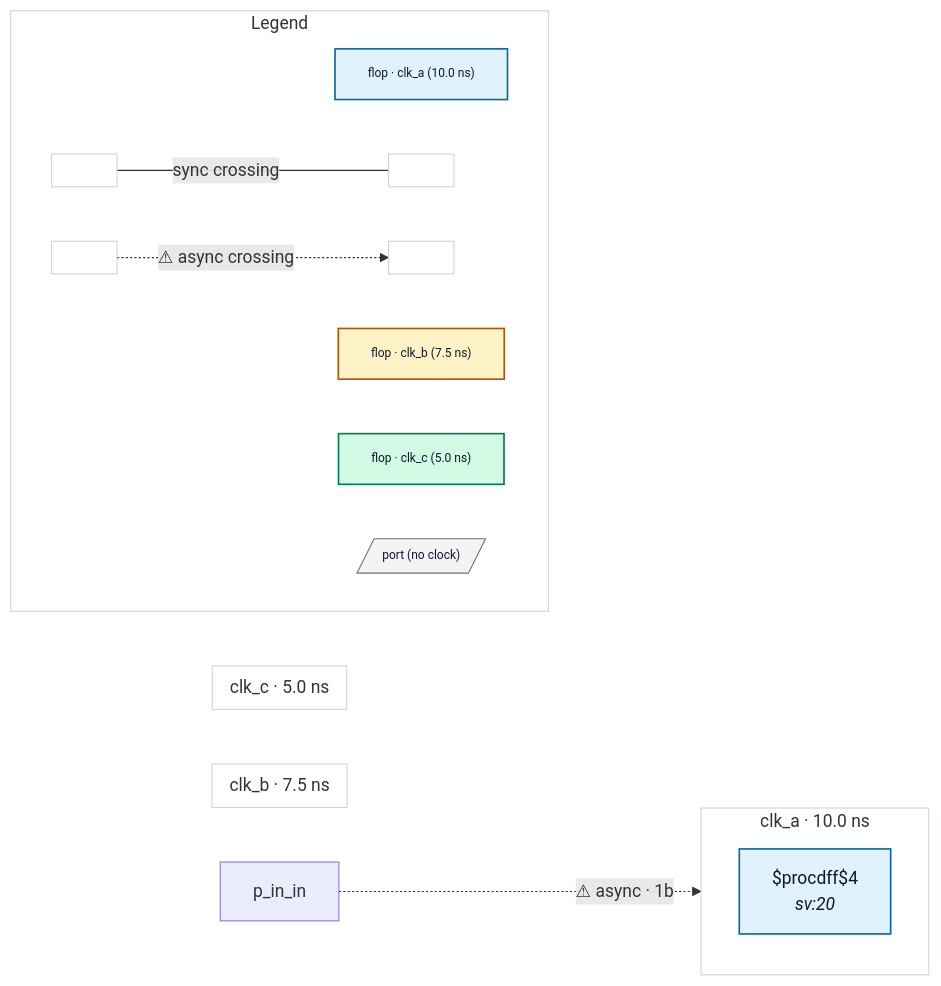
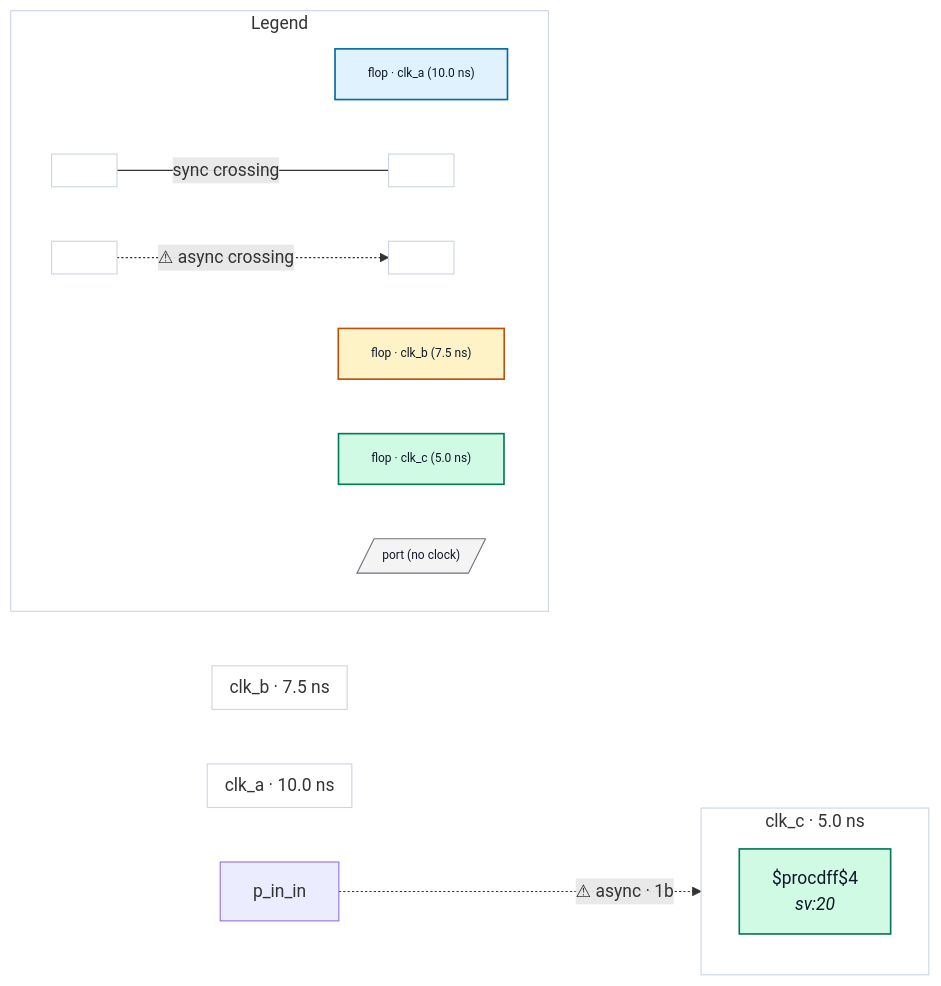
The diagram in tests/fixtures/bad_unconstrained_input_derived_clock/README.md (rtl-buddy/rtl-buddy-cdc), drawn with Mermaid before and after one commit. The commit also changed 30 other files, not shown here.

````diff
--- a/tests/fixtures/bad_unconstrained_input_derived_clock/README.md
+++ b/tests/fixtures/bad_unconstrained_input_derived_clock/README.md
@@ -16,45 +16,45 @@
 ```mermaid
 %% bad_unconstrained_input_derived_clock — generated by rtl-buddy-cdc render
 flowchart LR
   subgraph clk_clk_a["clk_a · 10.0 ns"]
     direction TB
-    f_ab50e9c3["$procdff$4<br/><i>sv:20</i>"]:::ckcls_clk_a
   end
   subgraph clk_clk_b["clk_b · 7.5 ns"]
     direction TB
   end
   subgraph clk_clk_c["clk_c · 5.0 ns"]
     direction TB
+    f_ab50e9c3["$procdff$4<br/><i>sv:20</i>"]:::ckcls_clk_c
   end
   p_in_in -. "⚠ async · 1b" .-> f_ab50e9c3
   subgraph rb_legend["Legend"]
     direction LR
     lg_clk_clk_a["flop · clk_a (10.0 ns)"]:::ckcls_clk_a
     lg_clk_clk_b["flop · clk_b (7.5 ns)"]:::ckcls_clk_b
     lg_clk_clk_c["flop · clk_c (5.0 ns)"]:::ckcls_clk_c
     lg_port[/"port (no clock)"/]:::port_unassigned
     lg_sync_a[" "]:::ckcls_legend_neutral
     lg_sync_b[" "]:::ckcls_legend_neutral
     lg_async_a[" "]:::ckcls_legend_neutral
     lg_async_b[" "]:::ckcls_legend_neutral
     lg_sync_a --- |"sync crossing"| lg_sync_b
     lg_async_a -. "⚠ async crossing" .-> lg_async_b
   end
   style clk_clk_a fill:none,stroke:#cbd5e1
   style clk_clk_b fill:none,stroke:#cbd5e1
   style clk_clk_c fill:none,stroke:#cbd5e1
   style rb_legend fill:none,stroke:#cbd5e1
   style lg_clk_clk_a font-size:11px
   style lg_clk_clk_b font-size:11px
   style lg_clk_clk_c font-size:11px
   style lg_port font-size:11px
   style lg_sync_a font-size:11px
   style lg_sync_b font-size:11px
   style lg_async_a font-size:11px
   style lg_async_b font-size:11px
   classDef ckcls_clk_a fill:#e0f2fe,stroke:#0369a1,stroke-width:1.5px,color:#0f172a
   classDef ckcls_clk_b fill:#fef3c7,stroke:#b45309,stroke-width:1.5px,color:#0f172a
   classDef ckcls_clk_c fill:#d1fae5,stroke:#047857,stroke-width:1.5px,color:#0f172a
   classDef port_unassigned fill:#f4f4f5,stroke:#71717a,color:#0f172a
   classDef ckcls_legend_neutral fill:#ffffff,stroke:#cbd5e1,stroke-width:1px,color:#0f172a
 ```
````
